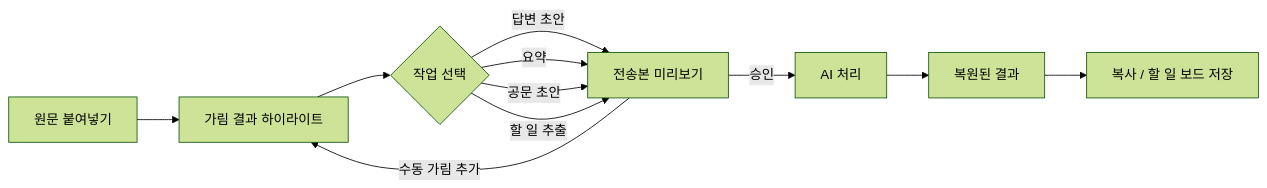
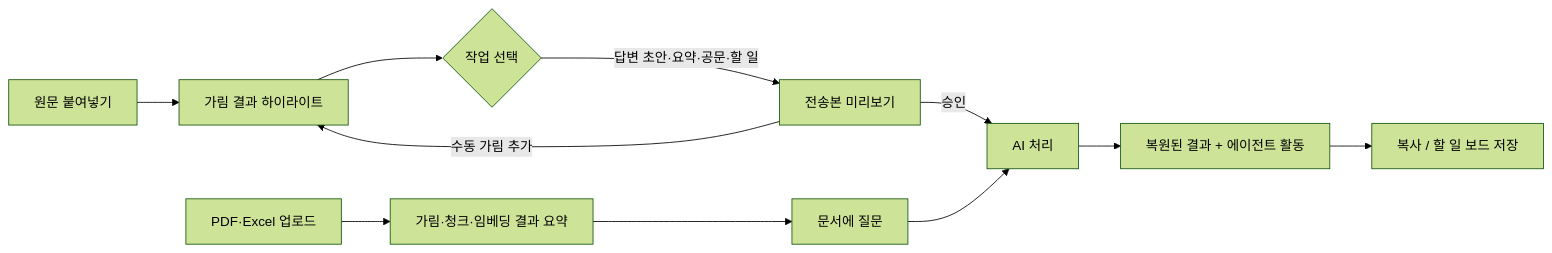
The first of 3 diagrams in docs/04-FLOW.md (kim-119/Cheongdo-Hackathon), drawn with Mermaid (forest theme) before and after one commit. The commit also changed other lines of this file and 9 other files, not shown here.

First line of the commit message:
docs: Axum(core)+FastAPI(ai) 분리 구조와 PDF·Excel RAG 반영

````diff
--- a/docs/04-FLOW.md
+++ b/docs/04-FLOW.md
@@ -4,13 +4,13 @@
 ```mermaid
 flowchart LR
   A[원문 붙여넣기] --> B[가림 결과 하이라이트]
   B --> C{작업 선택}
-  C -->|답변 초안| D[전송본 미리보기]
-  C -->|요약| D
-  C -->|공문 초안| D
-  C -->|할 일 추출| D
+  C -->|답변 초안·요약·공문·할 일| D[전송본 미리보기]
   D -->|승인| E[AI 처리]
   D -->|수동 가림 추가| B
-  E --> F[복원된 결과]
+  E --> F[복원된 결과 + 에이전트 활동]
   F --> G[복사 / 할 일 보드 저장]
+  U[PDF·Excel 업로드] --> V[가림·청크·임베딩 결과 요약]
+  V --> Q[문서에 질문]
+  Q --> E
 ```
````
